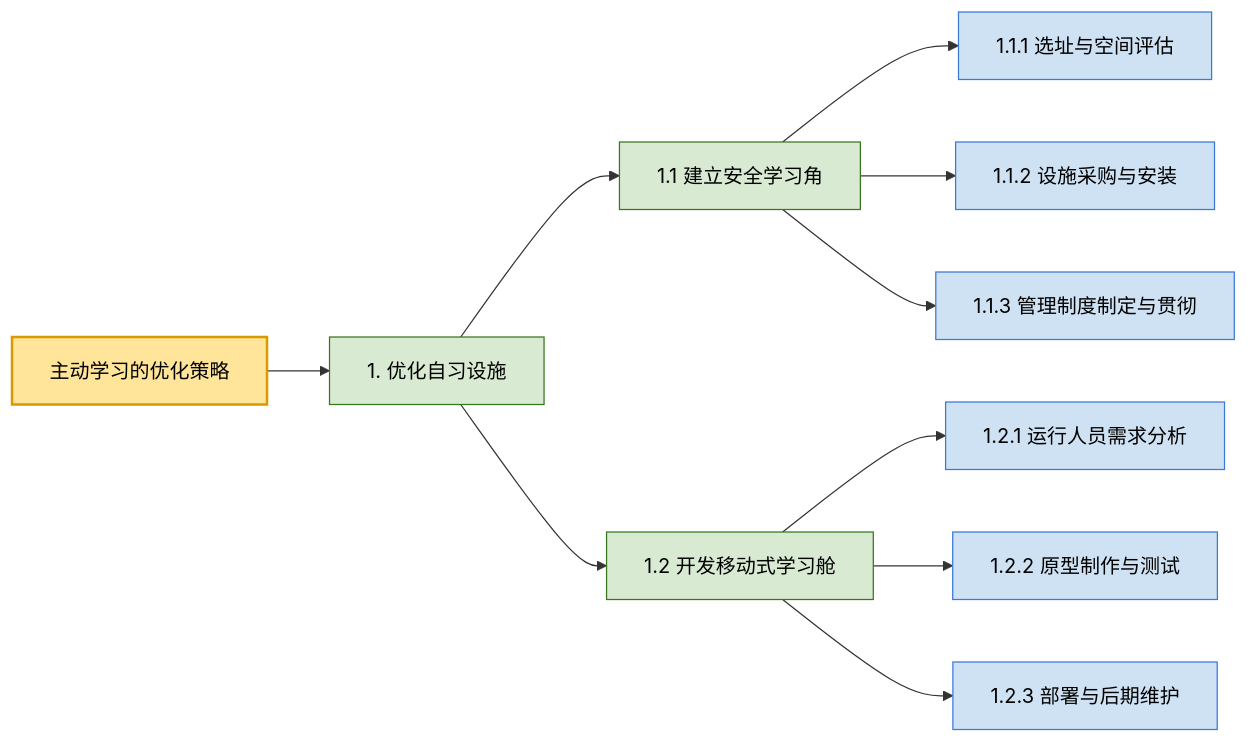
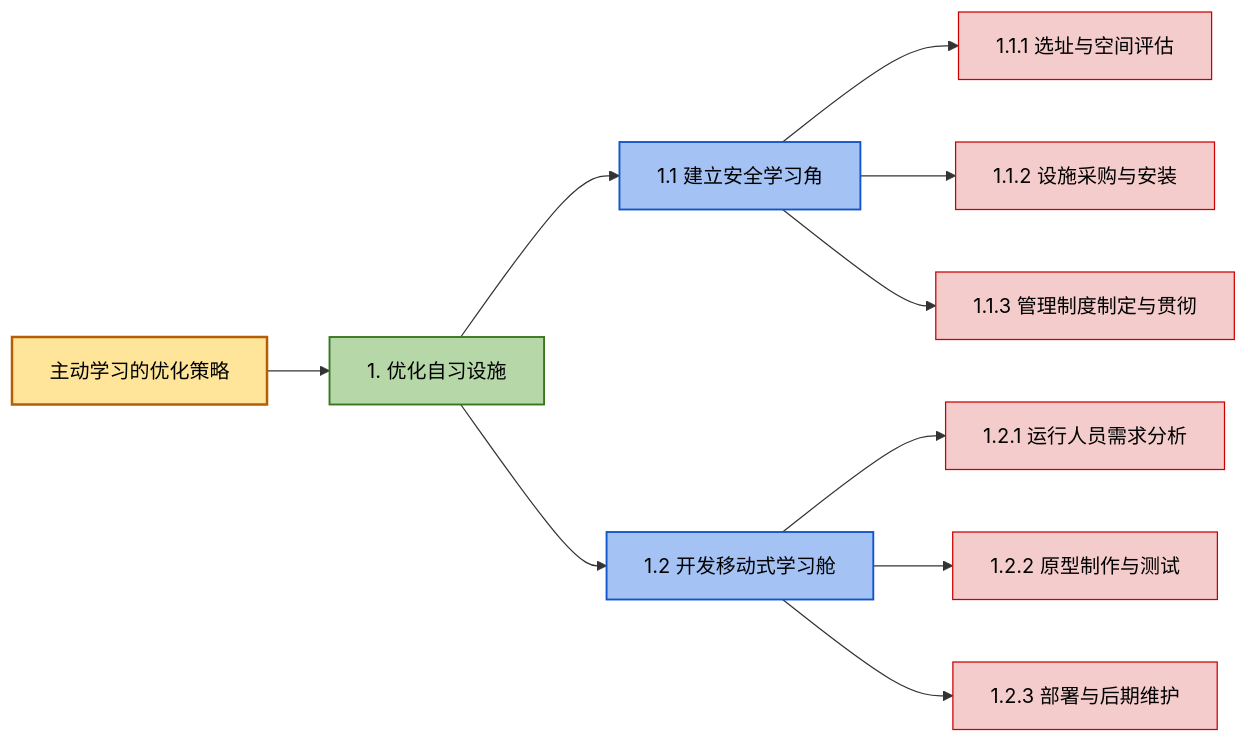
One commit to fresh-chickenman/plotmermaid changed the diagram in flowchart.md. Above: the diagram before and after it, drawn with Mermaid.

Commit message:
flowchart.md

````diff
--- a/flowchart.md
+++ b/flowchart.md
@@ -1,27 +1,28 @@
 ```mermaid
 flowchart LR
-    %% 样式定义
-    classDef main fill:#ffe599,stroke:#d99900,stroke-width:2px,color:#000
-    classDef sub fill:#d9ead3,stroke:#38761d,stroke-width:1px,color:#000
-    classDef leaf fill:#cfe2f3,stroke:#3c78d8,stroke-width:1px,color:#000
+%% 一级：主题
+A[主动学习的优化策略]:::lv1
 
-    %% 一级标题
-    A[主动学习的优化策略]:::main
+%% 二级：主策略
+A --> B1[1. 优化自习设施]:::lv2
 
-    %% 二级层级：优化自习设施
-    A --> A1[1. 优化自习设施]:::sub
+%% 三级：两大方向
+B1 --> B11[1.1 建立安全学习角]:::lv3
+B1 --> B12[1.2 开发移动式学习舱]:::lv3
 
-    %% 三级层级：安全学习角、移动式学习舱
-    A1 --> A11[1.1 建立安全学习角]:::sub
-    A1 --> A12[1.2 开发移动式学习舱]:::sub
+%% 四级：建立安全学习角的子项
+B11 --> B111[1.1.1 选址与空间评估]:::lv4
+B11 --> B112[1.1.2 设施采购与安装]:::lv4
+B11 --> B113[1.1.3 管理制度制定与贯彻]:::lv4
 
-    %% 四级层级：安全学习角子项
-    A11 --> A111[1.1.1 选址与空间评估]:::leaf
-    A11 --> A112[1.1.2 设施采购与安装]:::leaf
-    A11 --> A113[1.1.3 管理制度制定与贯彻]:::leaf
+%% 四级：学习舱的子项
+B12 --> B121[1.2.1 运行人员需求分析]:::lv4
+B12 --> B122[1.2.2 原型制作与测试]:::lv4
+B12 --> B123[1.2.3 部署与后期维护]:::lv4
 
-    %% 四级层级：移动学习舱子项
-    A12 --> A121[1.2.1 运行人员需求分析]:::leaf
-    A12 --> A122[1.2.2 原型制作与测试]:::leaf
-    A12 --> A123[1.2.3 部署与后期维护]:::leaf
+%% 层级颜色样式定义
+classDef lv1 fill:#ffe599,stroke:#b45f06,stroke-width:2px,color:#000
+classDef lv2 fill:#b6d7a8,stroke:#38761d,stroke-width:1.5px,color:#000
+classDef lv3 fill:#a4c2f4,stroke:#1155cc,stroke-width:1.5px,color:#000
+classDef lv4 fill:#f4cccc,stroke:#cc0000,stroke-width:1px,color:#000
 ```
````
